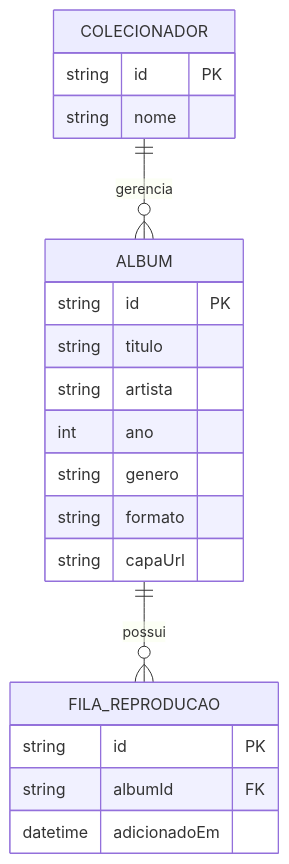
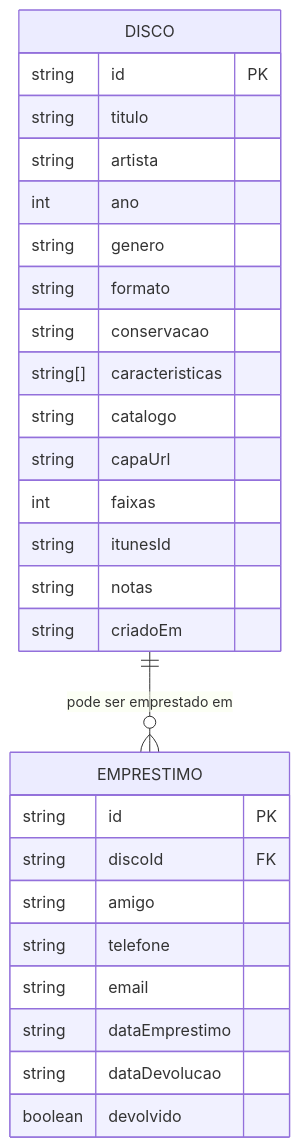
One commit to Joaomarcondespedro/minha_discoteca_web-framework_API-_CSS changed the diagram in docs/architecture.md. Above: the diagram before and after it, drawn with Mermaid. The commit also changed other lines of this file and 9 other files, not shown here.

First line of the commit message:
docs: reescreve PRD, architecture e README para o novo Design System (Entrega 1)

````diff
--- a/docs/architecture.md
+++ b/docs/architecture.md
@@ -5,26 +41,32 @@
 ```mermaid
 erDiagram
-    COLECIONADOR ||--o{ ALBUM : gerencia
-    ALBUM ||--o{ FILA_REPRODUCAO : possui
+    DISCO ||--o{ EMPRESTIMO : "pode ser emprestado em"
 
-    COLECIONADOR {
-        string id PK
-        string nome
-    }
-
-    ALBUM {
+    DISCO {
         string id PK
         string titulo
         string artista
         int ano
         string genero
         string formato
+        string conservacao
+        string[] caracteristicas
+        string catalogo
         string capaUrl
+        int faixas
+        string itunesId
+        string notas
+        string criadoEm
     }
 
-    FILA_REPRODUCAO {
+    EMPRESTIMO {
         string id PK
-        string albumId FK
-        datetime adicionadoEm
+        string discoId FK
+        string amigo
+        string telefone
+        string email
+        string dataEmprestimo
+        string dataDevolucao
+        boolean devolvido
     }
 ```
````
